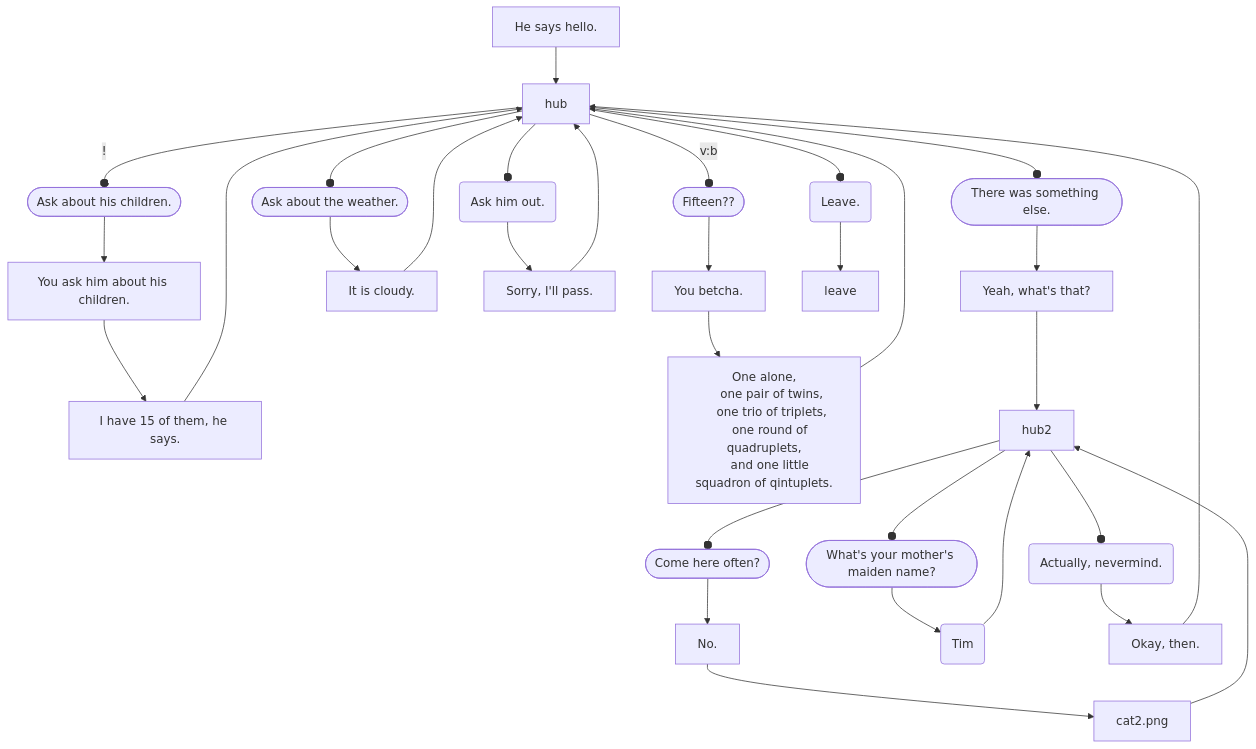
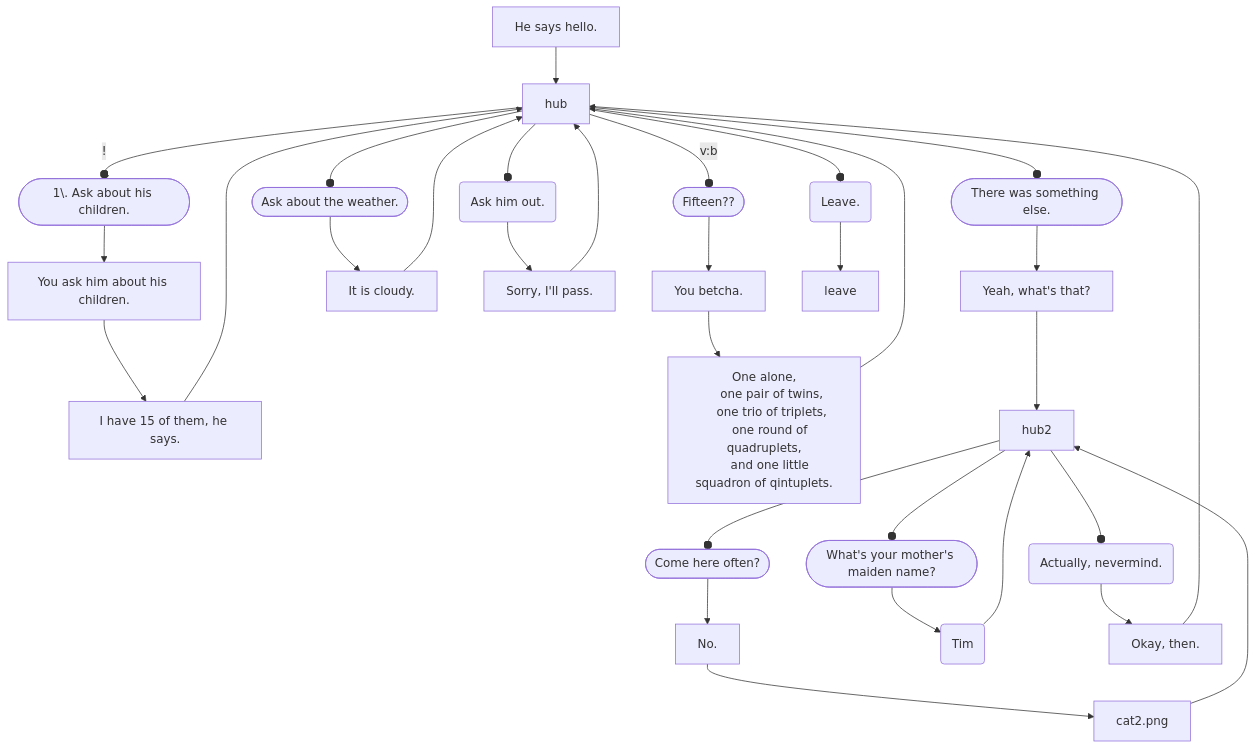
The diagram in src/assets/scenes/_test.mmd (probablyduncan/cafe), drawn with Mermaid before and after one commit. The commit also changed 12 other files, not shown here.

```diff
--- a/src/assets/scenes/_test.mmd
+++ b/src/assets/scenes/_test.mmd
@@ -1,35 +1,35 @@
 flowchart TD
 %% i[Hey] --edge text--> ii[Hi] --> |ooh| iii[Ho]
 
 %% i --> |Take a bite.| iv[You take a bite.]
 %% i --> return
 
 %% c1(The first choice.)
 %% c2((The second choice.))
 %% c3(((The third choice.)))
 %% c4([The fourth choice.])
 
 %% c[It looks pretty tasty.] -- hasTeeth --> c5[[Take a bite.]] --!hasTeeth--> c6[You take a bite.]
 
 oog[He says hello.] --> hub
 
-hub -- ! --o b([Ask about his children.]) --> ba[You ask him about his children.] --> be[I have 15 of them, he says.] --> hub
+hub -- ! --o b([1\. Ask about his children.]) --> ba[You ask him about his children.] --> be[I have 15 of them, he says.] --> hub
 
 hub -- v:b --o bb([Fifteen??]) --> bc[You betcha.] 
 --> bd[
     One alone,
     one pair of twins,
     one trio of triplets,
     one round of quadruplets,
     and one little squadron of qintuplets.] --> hub
 
 %% hub --> z[basic.mmd]
 
 hub --o u([Ask about the weather.]) --> ua[It is cloudy.] --> hub
 hub --o d(Ask him out.) --> da[Sorry, I'll pass.] --> hub
 hub --o e([There was something else.]) --> e3[Yeah, what's that?] --> hub2
 hub --o a(Leave.) --> leave
 
 hub2 --o b2([Come here often?]) --> b2a[No.] --> cat2[cat2.png] --> hub2
 hub2 --o d2([What's your mother's maiden name?]) --> d2a(Tim) --> hub2
 hub2 --o a2(Actually, nevermind.) --> e2[Okay, then.] --> hub
```
